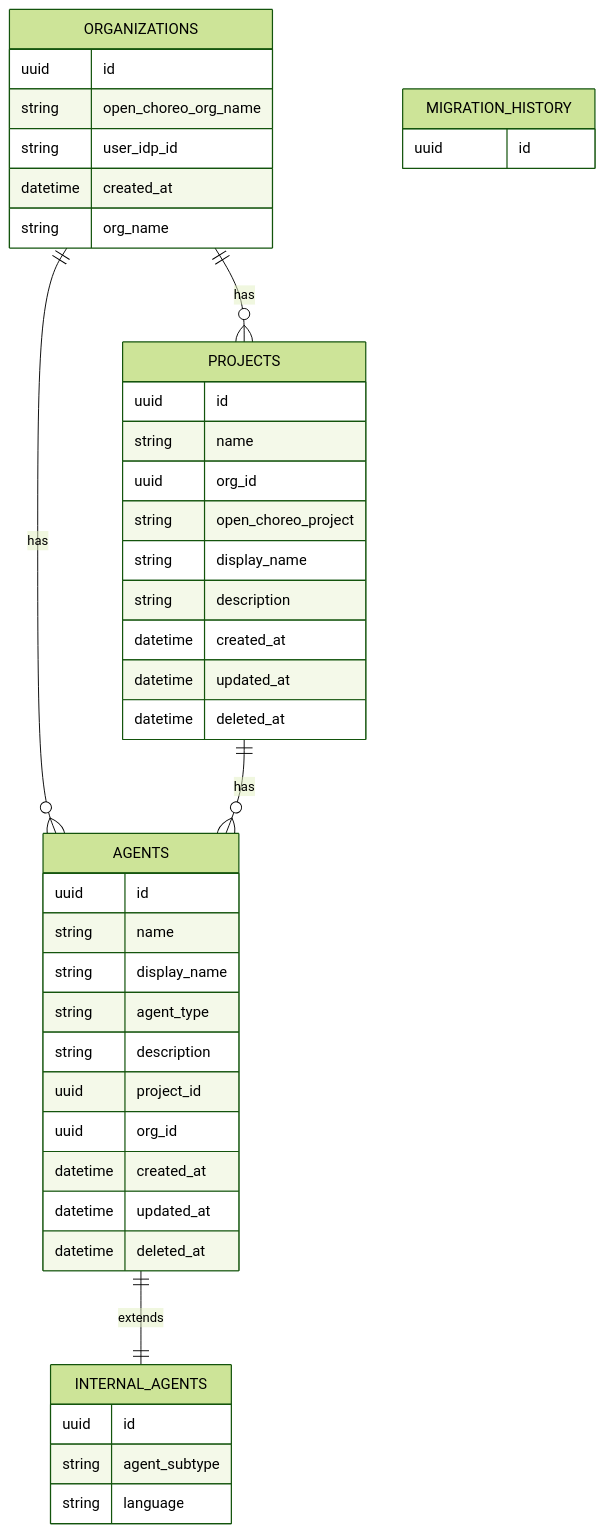
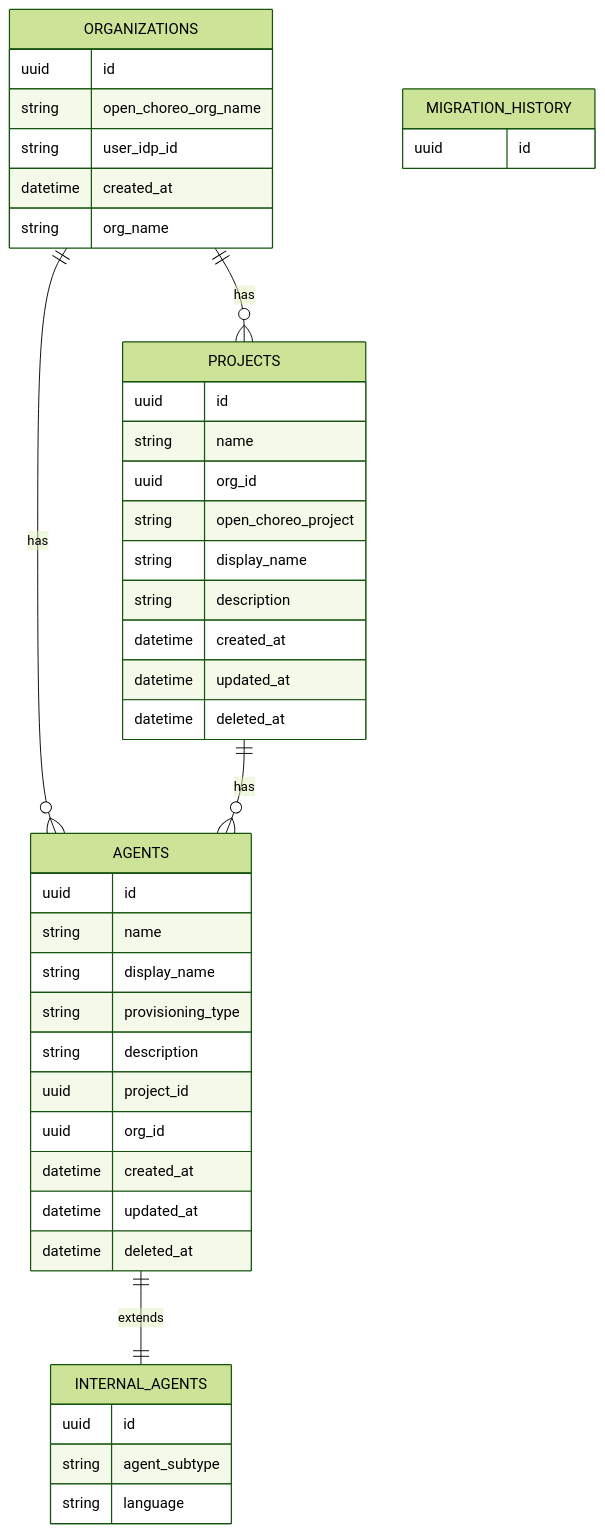
The diagram in agent-manager-service/docs/database-er.md (wso2/agent-manager), drawn with Mermaid (forest theme) before and after one commit. The commit also changed 14 other files, not shown here.

First line of the commit message:
Stop storing agent_type and sub_type

````diff
--- a/agent-manager-service/docs/database-er.md
+++ b/agent-manager-service/docs/database-er.md
@@ -1,52 +1,52 @@
 ```mermaid
 erDiagram
     ORGANIZATIONS {
         uuid id
         string open_choreo_org_name
         string user_idp_id
         datetime created_at
         string org_name
     }
 
     PROJECTS {
         uuid id
         string name
         uuid org_id
         string open_choreo_project
         string display_name
         string description
         datetime created_at
         datetime updated_at
         datetime deleted_at
     }
 
     AGENTS {
         uuid id
         string name
         string display_name
-        string agent_type
+        string provisioning_type
         string description
         uuid project_id
         uuid org_id
         datetime created_at
         datetime updated_at
         datetime deleted_at
     }
 
     INTERNAL_AGENTS {
         uuid id
         string agent_subtype
         string language
     }
 
     MIGRATION_HISTORY {
         uuid id
     }
 
     %% Relationships
     ORGANIZATIONS ||--o{ PROJECTS : has
     ORGANIZATIONS ||--o{ AGENTS : has
     PROJECTS ||--o{ AGENTS : has
     AGENTS ||--|| INTERNAL_AGENTS : extends
 
 ```
````
